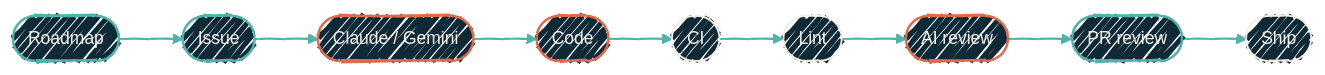
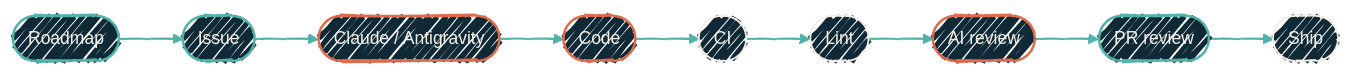
Before and after one commit to JacobPEvans/docs: the diagram in architecture/ai-pipeline.mdx, drawn with Mermaid. The commit also changed other lines of this file and 7 other files, not shown here.

````diff
--- a/architecture/ai-pipeline.mdx
+++ b/architecture/ai-pipeline.mdx
@@ -16,30 +16,30 @@
 ```mermaid
 %%{init: {'theme':'base','look':'handDrawn','themeVariables':{'fontFamily':'Geist','fontSize':'14px','primaryColor':'#102937','primaryTextColor':'#F4EFE6','primaryBorderColor':'#4FB3A9','lineColor':'#4FB3A9','secondaryColor':'#0B1D2A','tertiaryColor':'#1A2A38','clusterBkg':'rgba(79,179,169,0.08)','clusterBorder':'#4FB3A9'}}}%%
 flowchart LR
   H1([Roadmap])
   H2([Issue])
-  A1([Claude / Gemini])
+  A1([Claude / Antigravity])
   A2([Code])
   T1([CI])
   T2([Lint])
   A3([AI review])
   H3([PR review])
   T3([Ship])
 
   H1 --> H2 --> A1 --> A2 --> T1 --> T2 --> A3 --> H3 --> T3
 
   classDef human fill:#102937,stroke:#4FB3A9,stroke-width:2px,color:#F4EFE6;
   classDef ai    fill:#102937,stroke:#E06B4A,stroke-width:2px,color:#F4EFE6;
   classDef auto  fill:#102937,stroke:#F4EFE6,stroke-width:1.5px,color:#F4EFE6;
 
   class H1,H2,H3 human
   class A1,A2,A3 ai
   class T1,T2,T3 auto
 
   click A1 "/ai-development/overview" "Which model for which job"
   click T1 "/infrastructure/cicd/overview" "Self-hosted runners + CI"
   click T2 "/infrastructure/cicd/overview" "Lint stage in the runners"
   click A3 "/ai-development/claude-code-plugins" "AI review automation"
 
   linkStyle default stroke:#4FB3A9,stroke-width:1.5px;
 ```
````
